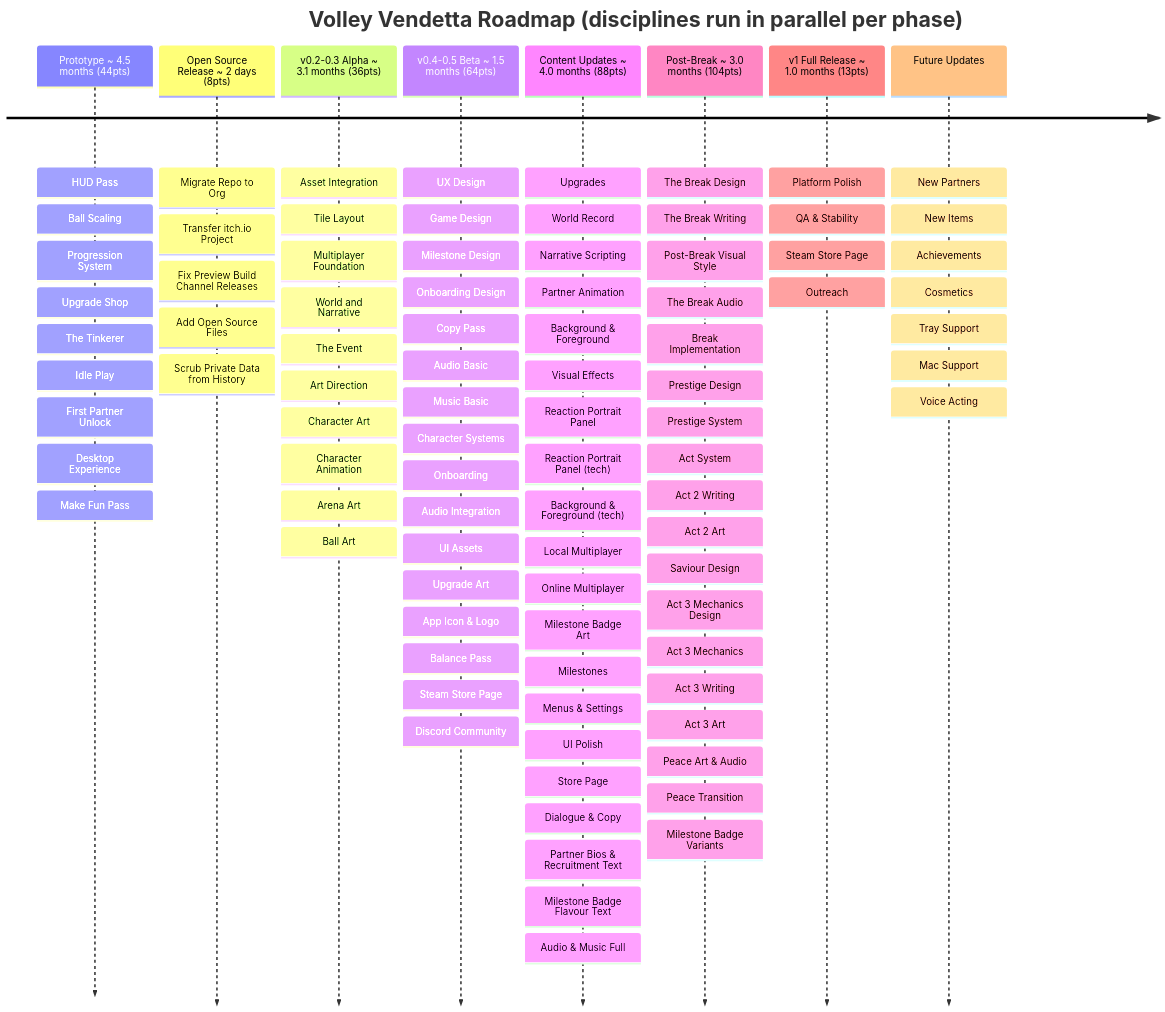
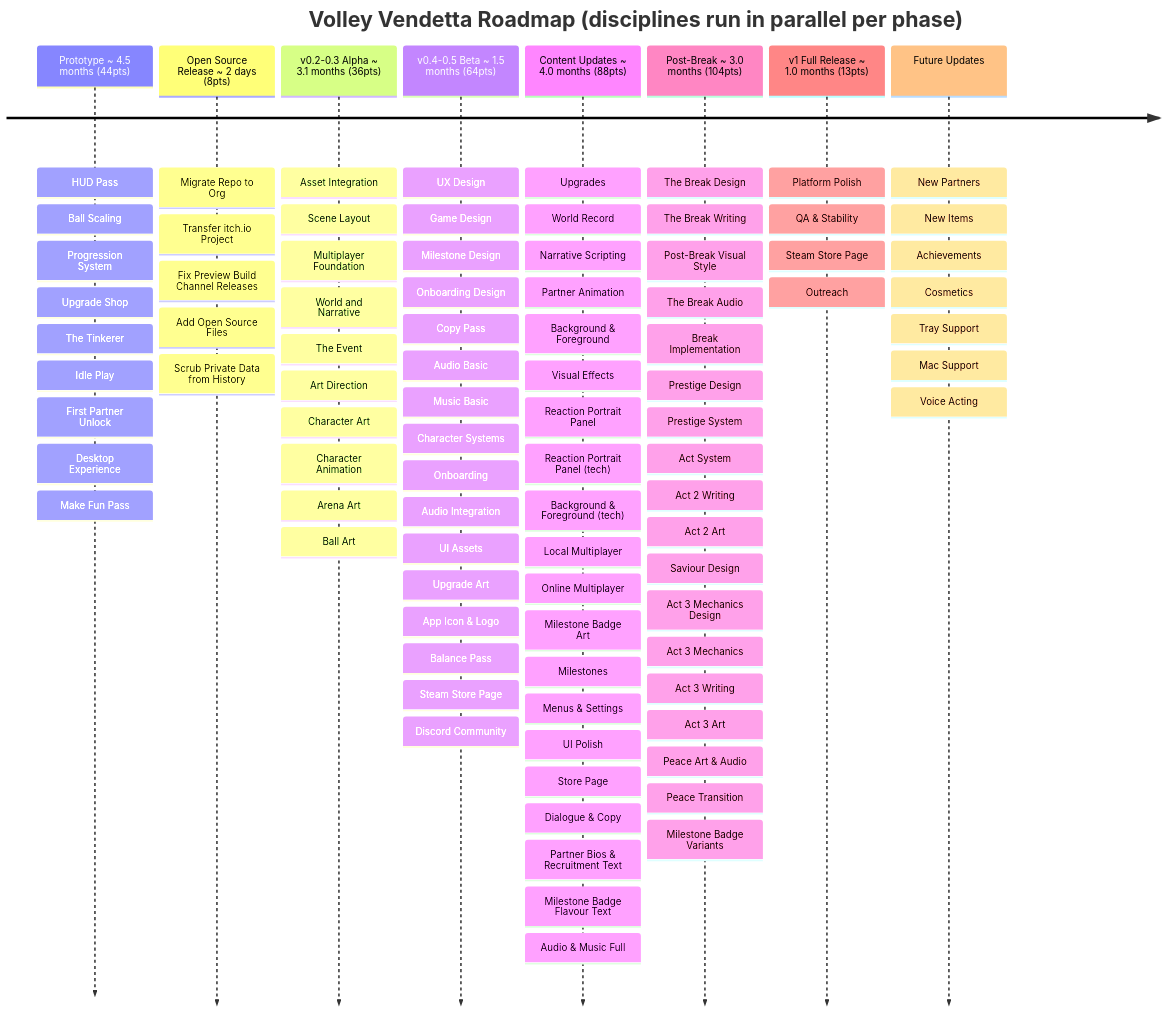
The diagram in designs/roadmap.md (shuck-dev/volley), drawn with Mermaid before and after one commit. The commit also changed 10 other files, not shown here.

Commit message:
SH-32 feat: scene layout setup

```diff
--- a/designs/roadmap.md
+++ b/designs/roadmap.md
@@ -24,7 +24,7 @@
 
     v0.2-0.3 Alpha ~ 3.1 months (36pts)
         : Asset Integration
-        : Tile Layout
+        : Scene Layout
         : Multiplayer Foundation
         : World and Narrative
         : The Event
```
